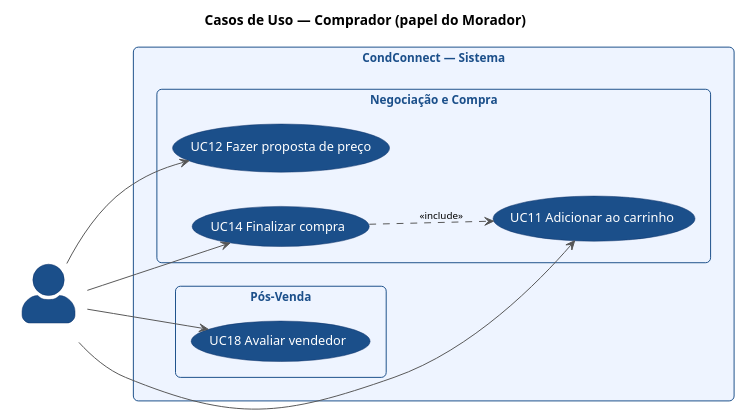
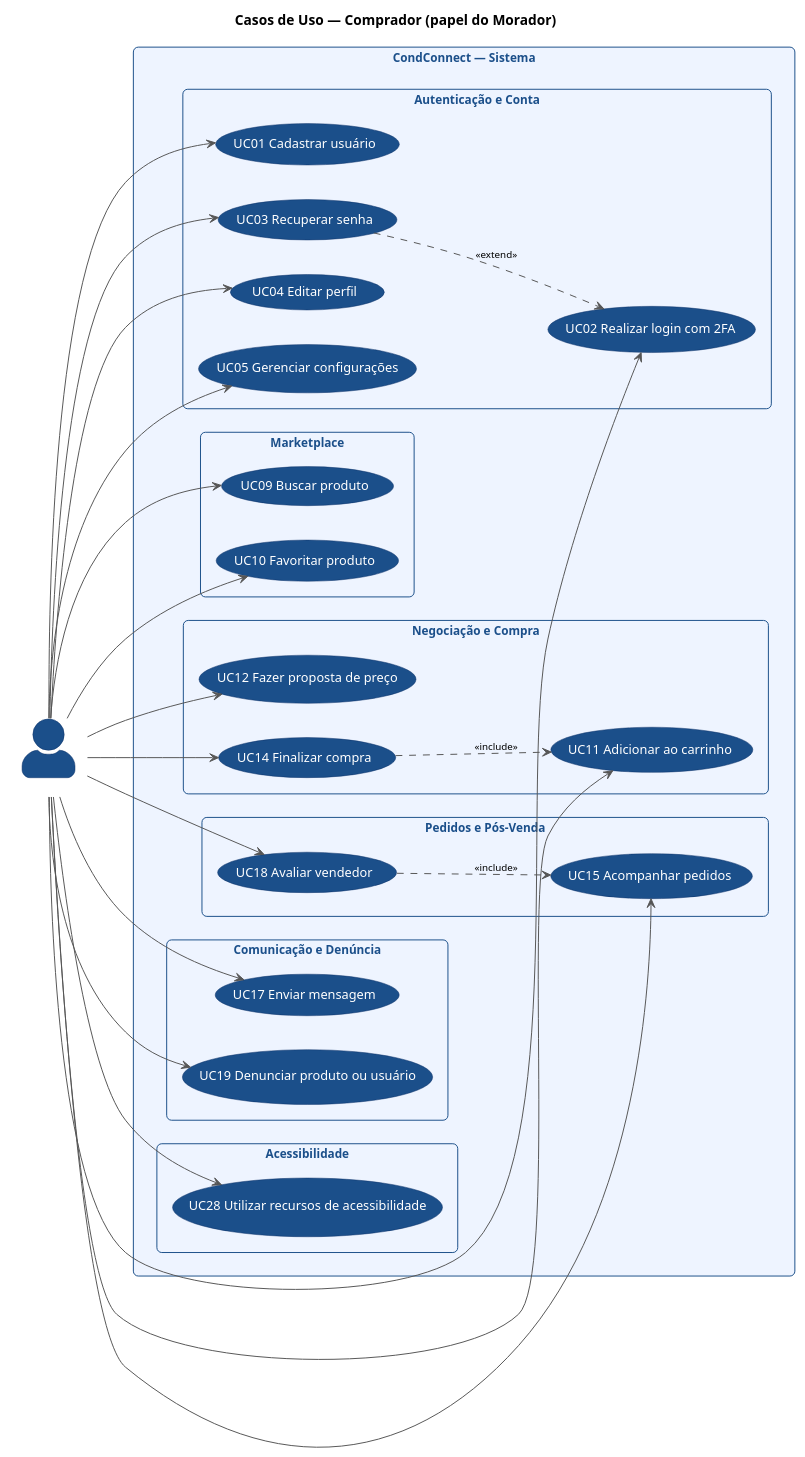
One commit to TCC-CAS/tcc-2025-1-e-2-condconnect changed the diagram in docs/uc_comprador.puml. Above: the diagram before and after it, drawn with PlantUML. The commit also changed 1 other file, not shown here.

```diff
--- a/docs/uc_comprador.puml
+++ b/docs/uc_comprador.puml
@@ -1,57 +1,93 @@
 @startuml UC_Comprador
 
 left to right direction
 skinparam actorStyle awesome
 skinparam backgroundColor #FFFFFF
 skinparam defaultFontName Arial
 
 skinparam usecase {
     BackgroundColor #1B4F8A
     FontColor white
     BorderColor #0D3369
     FontSize 13
     Padding 12
 }
 skinparam actor {
     BackgroundColor #1B4F8A
     FontColor white
     BorderColor #0D3369
     FontSize 14
     FontStyle bold
 }
 skinparam rectangle {
     BackgroundColor #EEF4FF
     BorderColor #1B4F8A
     FontColor #1B4F8A
     FontSize 12
     FontStyle bold
     RoundCorner 10
 }
 skinparam ArrowColor #555555
 skinparam ArrowFontSize 10
 
 title Casos de Uso — Comprador (papel do Morador)
 
 actor "Comprador" as C
 
 rectangle "CondConnect — Sistema" {
 
+    rectangle "Autenticação e Conta" {
+        (UC01 Cadastrar usuário) as UC01
+        (UC02 Realizar login com 2FA) as UC02
+        (UC03 Recuperar senha) as UC03
+        (UC04 Editar perfil) as UC04
+        (UC05 Gerenciar configurações) as UC05
+    }
+
+    rectangle "Marketplace" {
+        (UC09 Buscar produto) as UC09
+        (UC10 Favoritar produto) as UC10
+    }
+
     rectangle "Negociação e Compra" {
         (UC11 Adicionar ao carrinho) as UC11
         (UC12 Fazer proposta de preço) as UC12
         (UC14 Finalizar compra) as UC14
     }
 
-    rectangle "Pós-Venda" {
+    rectangle "Pedidos e Pós-Venda" {
+        (UC15 Acompanhar pedidos) as UC15
         (UC18 Avaliar vendedor) as UC18
+    }
+
+    rectangle "Comunicação e Denúncia" {
+        (UC17 Enviar mensagem) as UC17
+        (UC19 Denunciar produto ou usuário) as UC19
+    }
+
+    rectangle "Acessibilidade" {
+        (UC28 Utilizar recursos de acessibilidade) as UC28
     }
 }
 
+C --> UC01
+C --> UC02
+C --> UC03
+C --> UC04
+C --> UC05
+C --> UC09
+C --> UC10
 C --> UC11
 C --> UC12
 C --> UC14
+C --> UC15
+C --> UC17
 C --> UC18
+C --> UC19
+C --> UC28
 
+UC03 ..> UC02 : <<extend>>
 UC14 ..> UC11 : <<include>>
+UC18 ..> UC15 : <<include>>
 
 @enduml
```
